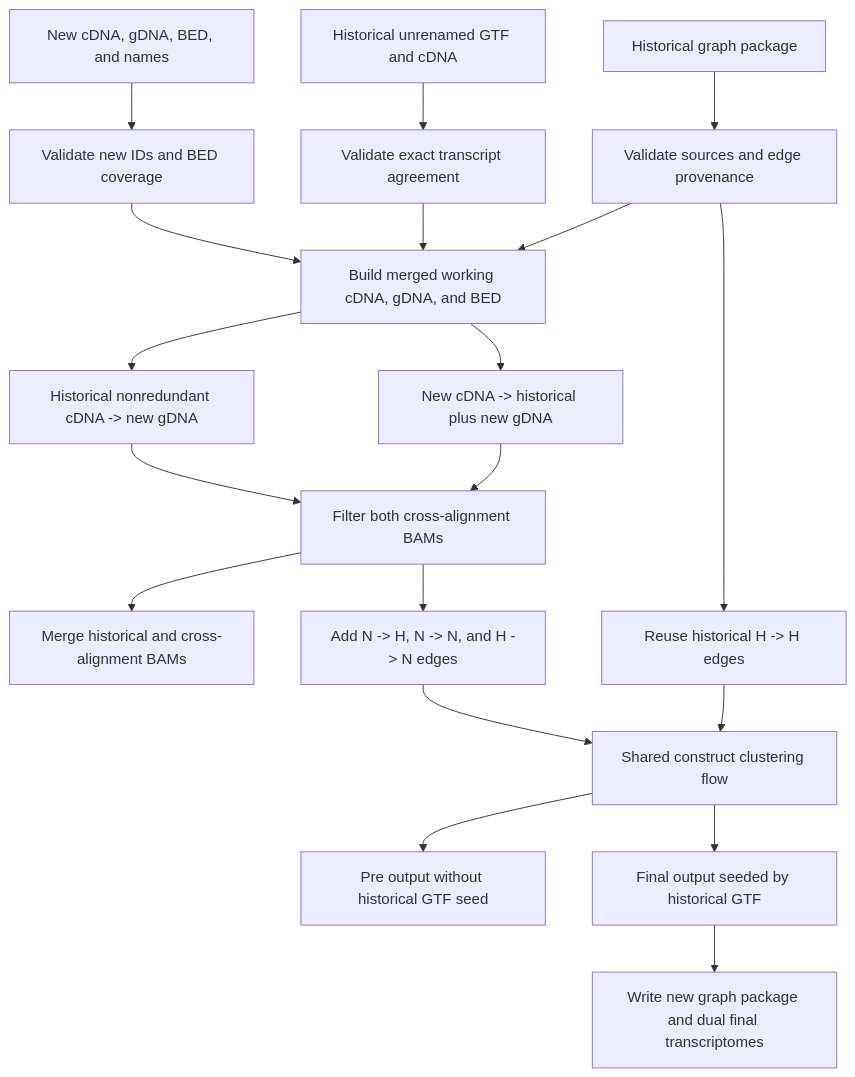
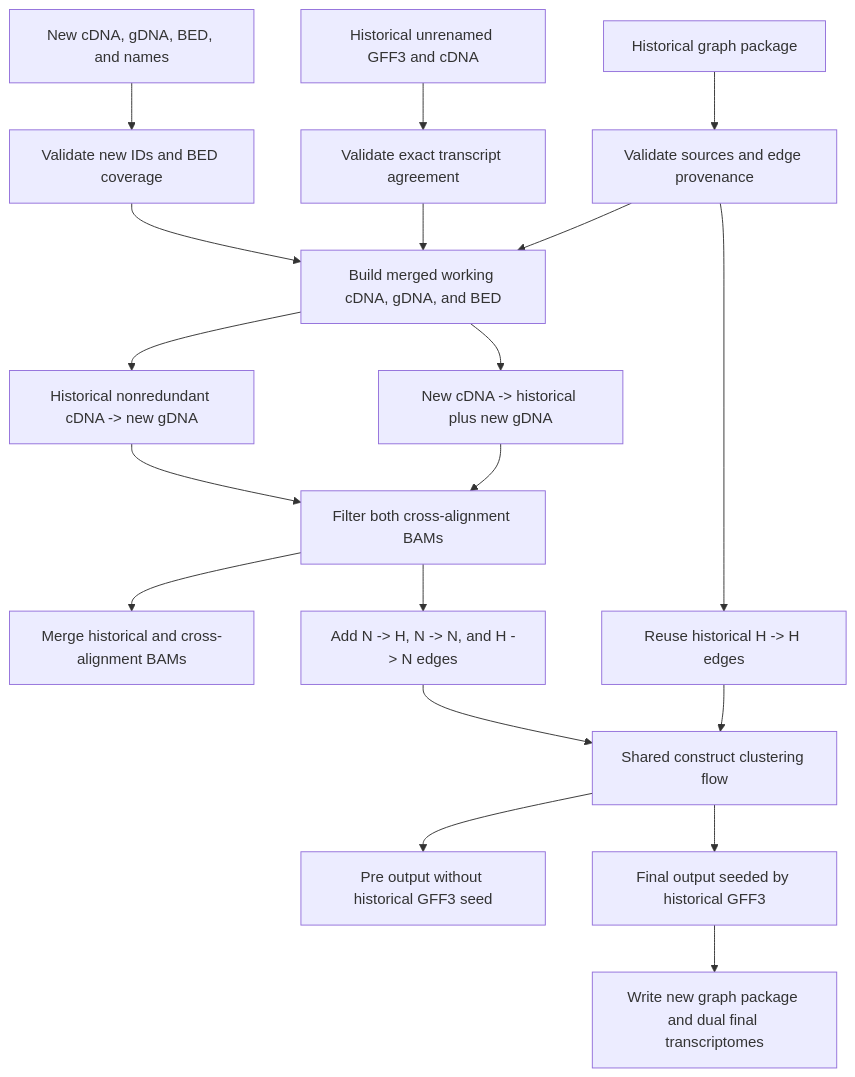
The second of 2 diagrams in BUILDING_PROCESS.md (changQing111/PanTrans), drawn with Mermaid before and after one commit. The commit also changed other lines of this file and 26 other files, not shown here.

````diff
--- a/BUILDING_PROCESS.md
+++ b/BUILDING_PROCESS.md
@@ -195,21 +200,21 @@
 ```mermaid
 flowchart TD
     A["Historical graph package"] --> B["Validate sources and edge provenance"]
-    C["Historical unrenamed GTF and cDNA"] --> D["Validate exact transcript agreement"]
+    C["Historical unrenamed GFF3 and cDNA"] --> D["Validate exact transcript agreement"]
     E["New cDNA, gDNA, BED, and names"] --> F["Validate new IDs and BED coverage"]
     B --> G["Build merged working cDNA, gDNA, and BED"]
     D --> G
     F --> G
     G --> H["New cDNA -> historical plus new gDNA"]
     G --> I["Historical nonredundant cDNA -> new gDNA"]
     H --> J["Filter both cross-alignment BAMs"]
     I --> J
     J --> K["Merge historical and cross-alignment BAMs"]
     B --> L["Reuse historical H -> H edges"]
     J --> M["Add N -> H, N -> N, and H -> N edges"]
     L --> N["Shared construct clustering flow"]
     M --> N
-    N --> O["Pre output without historical GTF seed"]
-    N --> P["Final output seeded by historical GTF"]
+    N --> O["Pre output without historical GFF3 seed"]
+    N --> P["Final output seeded by historical GFF3"]
     P --> Q["Write new graph package and dual final transcriptomes"]
 ```
````
